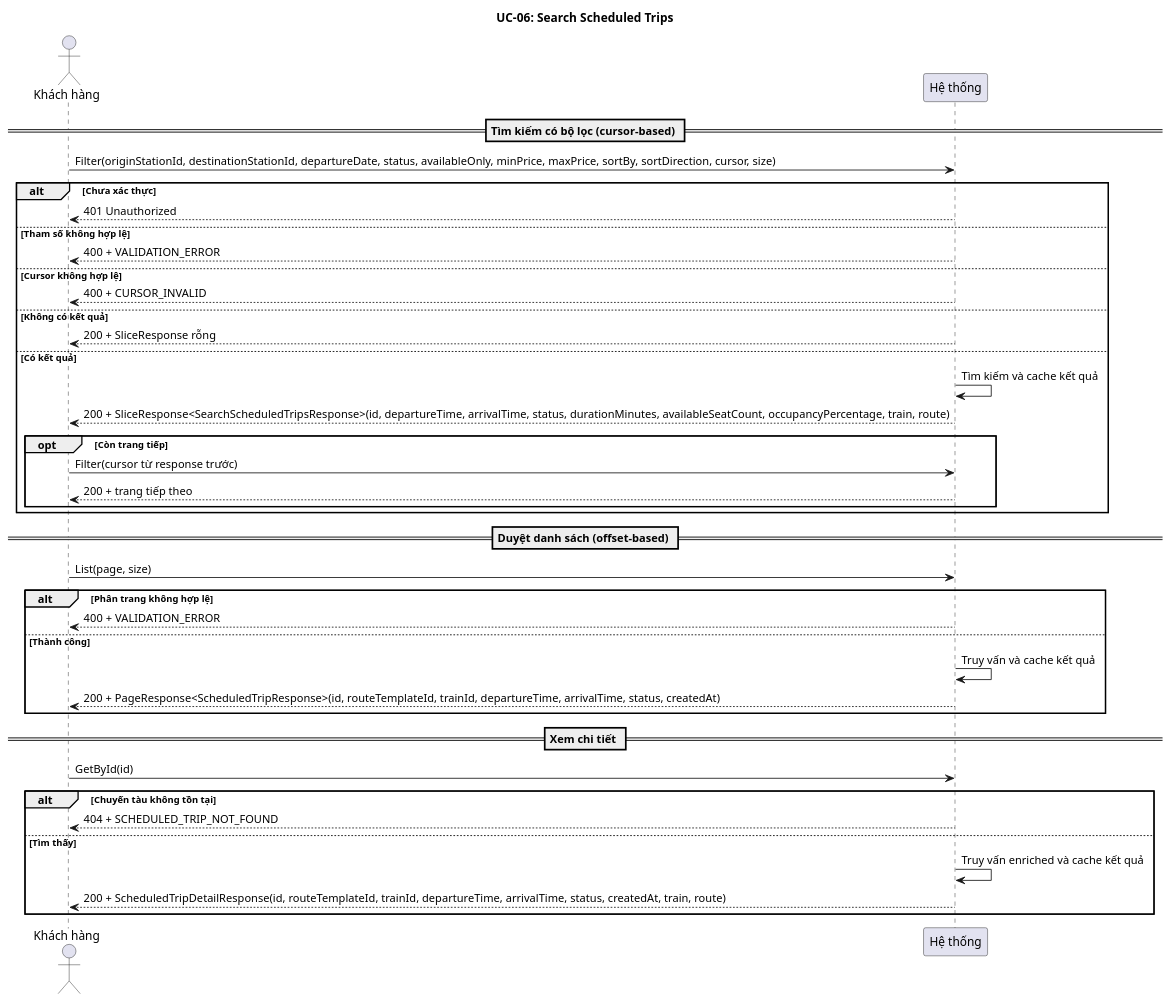
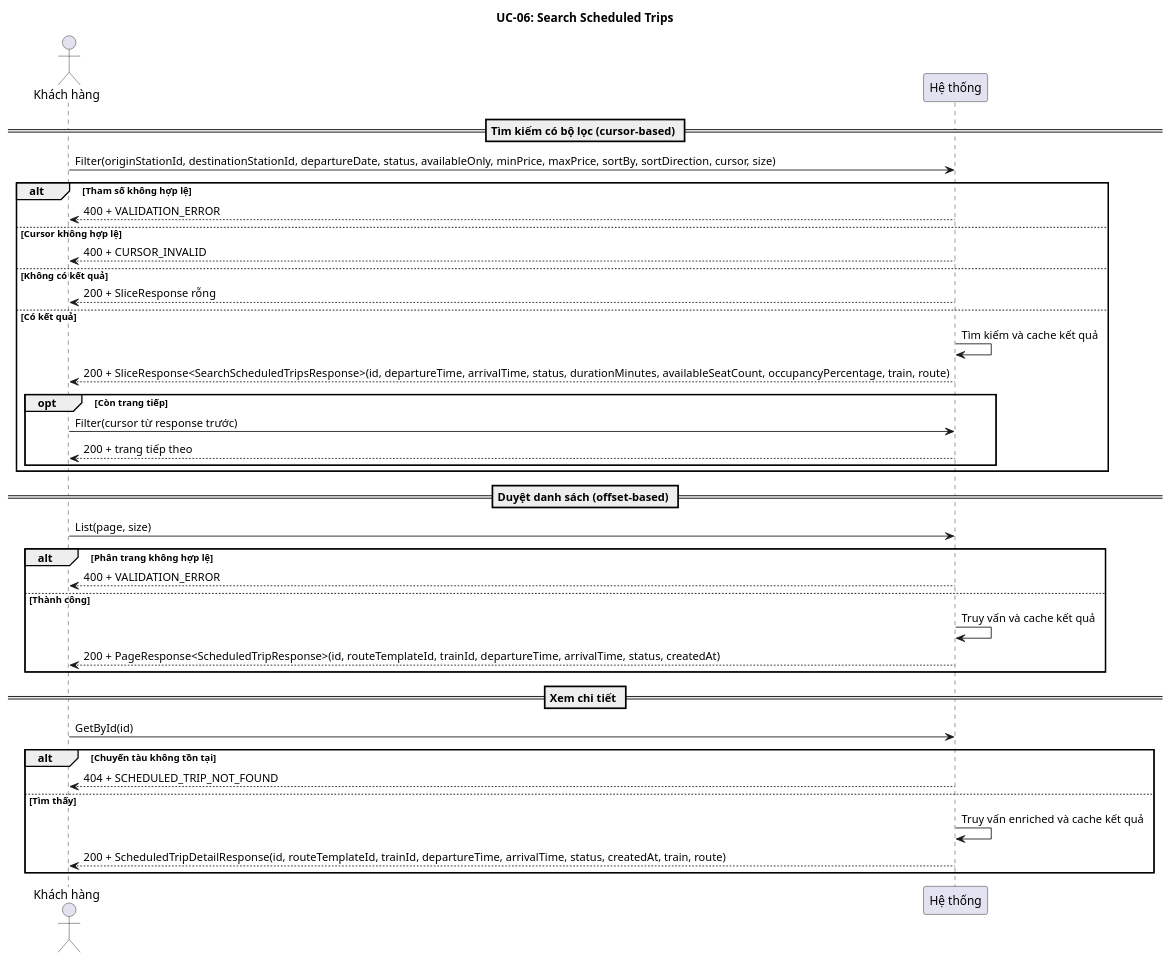
One commit to Phunguy65/train-ticket-booking-system-plus changed the first of 5 diagrams in docs/usecases/UC-06-tra-cuu-chuyen-tau.md. Above: the diagram before and after it, drawn with PlantUML. The commit also changed other lines of this file and 6 other files, not shown here.

````diff
--- a/docs/usecases/UC-06-tra-cuu-chuyen-tau.md
+++ b/docs/usecases/UC-06-tra-cuu-chuyen-tau.md
@@ -20,48 +20,46 @@
 ```plantuml
 @startuml UC-06
 title UC-06: Search Scheduled Trips
 
 actor "Khách hàng" as Actor
 participant "Hệ thống" as API
 
 == Tìm kiếm có bộ lọc (cursor-based) ==
 
 Actor -> API: Filter(originStationId, destinationStationId, departureDate, status, availableOnly, minPrice, maxPrice, sortBy, sortDirection, cursor, size)
-alt Chưa xác thực
-    API --> Actor: 401 Unauthorized
-else Tham số không hợp lệ
+alt Tham số không hợp lệ
     API --> Actor: 400 + VALIDATION_ERROR
 else Cursor không hợp lệ
     API --> Actor: 400 + CURSOR_INVALID
 else Không có kết quả
     API --> Actor: 200 + SliceResponse rỗng
 else Có kết quả
     API -> API: Tìm kiếm và cache kết quả
     API --> Actor: 200 + SliceResponse<SearchScheduledTripsResponse>(id, departureTime, arrivalTime, status, durationMinutes, availableSeatCount, occupancyPercentage, train, route)
     opt Còn trang tiếp
         Actor -> API: Filter(cursor từ response trước)
         API --> Actor: 200 + trang tiếp theo
     end
 end
 
 == Duyệt danh sách (offset-based) ==
 
 Actor -> API: List(page, size)
 alt Phân trang không hợp lệ
     API --> Actor: 400 + VALIDATION_ERROR
 else Thành công
     API -> API: Truy vấn và cache kết quả
     API --> Actor: 200 + PageResponse<ScheduledTripResponse>(id, routeTemplateId, trainId, departureTime, arrivalTime, status, createdAt)
 end
 
 == Xem chi tiết ==
 
 Actor -> API: GetById(id)
 alt Chuyến tàu không tồn tại
     API --> Actor: 404 + SCHEDULED_TRIP_NOT_FOUND
 else Tìm thấy
     API -> API: Truy vấn enriched và cache kết quả
     API --> Actor: 200 + ScheduledTripDetailResponse(id, routeTemplateId, trainId, departureTime, arrivalTime, status, createdAt, train, route)
 end
 @enduml
 ```
````
